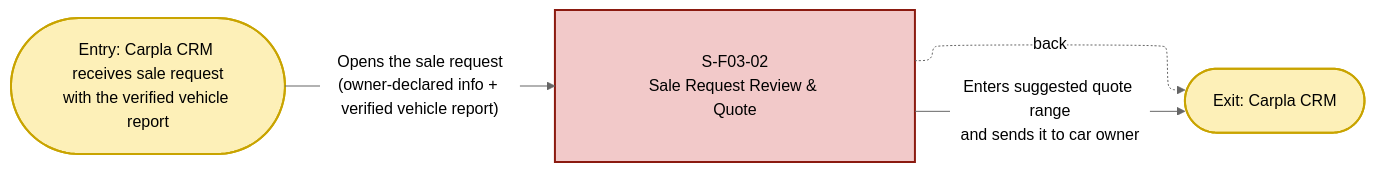
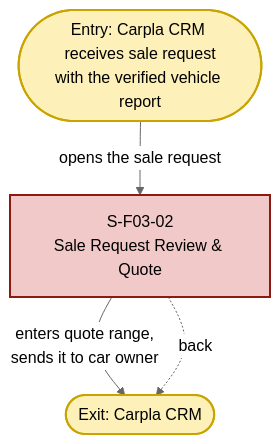
Before and after one commit to giangnhk63db/DBIZ-2_GROUP-A: the second of 2 diagrams in Screen/Screen transition.md, drawn with Mermaid (neutral theme).

Commit message:
Screen transition.md

````diff
--- a/Screen/Screen transition.md
+++ b/Screen/Screen transition.md
@@ -70,24 +70,16 @@
 ```mermaid  
----
-config:
-  layout: elk
-  flowchart:
-    nodeSpacing: 110
-    rankSpacing: 220
-    padding: 40
----
-flowchart LR
+flowchart TB
   entry_staff(["Entry: Carpla CRM receives sale request<br>with the verified vehicle report"])
   S03_02["S-F03-02<br>Sale Request Review & Quote"]
   exit_staff(["Exit: Carpla CRM"])
 
-  entry_staff -->|"Opens the sale request<br>(owner-declared info + verified vehicle report)"| S03_02
-  S03_02 -->|"Enters suggested quote range<br>and sends it to car owner"| exit_staff
+  entry_staff -->|"opens the sale request"| S03_02
+  S03_02 -->|"enters quote range,<br>sends it to car owner"| exit_staff
   S03_02 -.->|"back"| exit_staff
 
   classDef screen fill:#f2c9c9,stroke:#8b1a10,stroke-width:2px,color:#000;
   classDef entryNode fill:#fdf0b8,stroke:#c9a400,stroke-width:2px,color:#000;
   class S03_02 screen;
   class entry_staff,exit_staff entryNode;
   
 ```   
````
